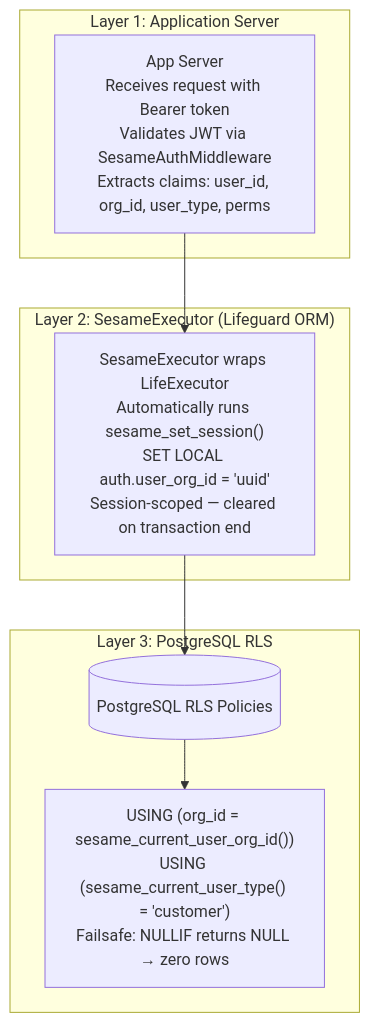
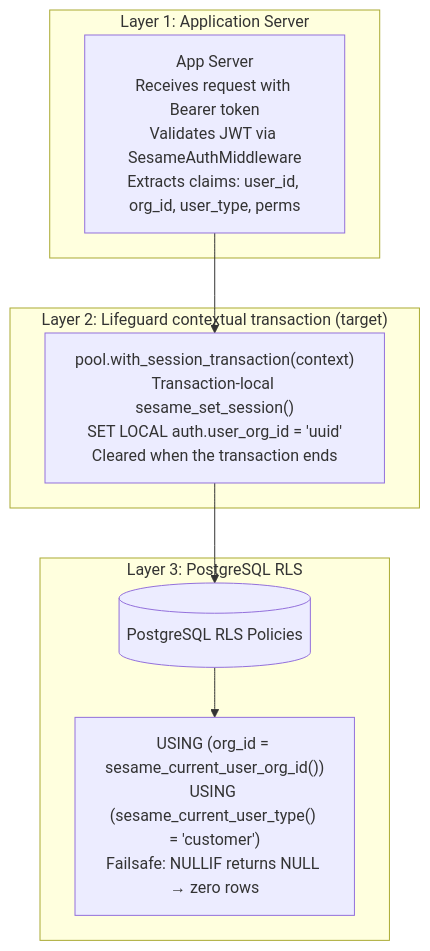
The second of 2 diagrams in README.md (microscaler/sesame-idam), drawn with Mermaid before and after one commit. The commit also changed other lines of this file and 31 other files, not shown here.

````diff
--- a/README.md
+++ b/README.md
@@ -117,17 +117,17 @@
 ```mermaid
 graph TB
     subgraph "Layer 1: Application Server"
         App["App Server<br/>Receives request with Bearer token<br/>Validates JWT via SesameAuthMiddleware<br/>Extracts claims: user_id, org_id, user_type, perms"]
     end
 
-    subgraph "Layer 2: SesameExecutor (Lifeguard ORM)"
-        SE["SesameExecutor wraps LifeExecutor<br/>Automatically runs sesame_set_session()<br/>SET LOCAL auth.user_org_id = 'uuid'<br/>Session-scoped — cleared on transaction end"]
+    subgraph "Layer 2: Lifeguard contextual transaction (target)"
+        SE["pool.with_session_transaction(context)<br/>Transaction-local sesame_set_session()<br/>SET LOCAL auth.user_org_id = 'uuid'<br/>Cleared when the transaction ends"]
     end
 
     subgraph "Layer 3: PostgreSQL RLS"
         PG[(PostgreSQL RLS Policies)]
         RLS["USING (org_id = sesame_current_user_org_id())<br/>USING (sesame_current_user_type() = 'customer')<br/>Failsafe: NULLIF returns NULL → zero rows"]
     end
 
     App --> SE --> PG --> RLS
 ```
````
